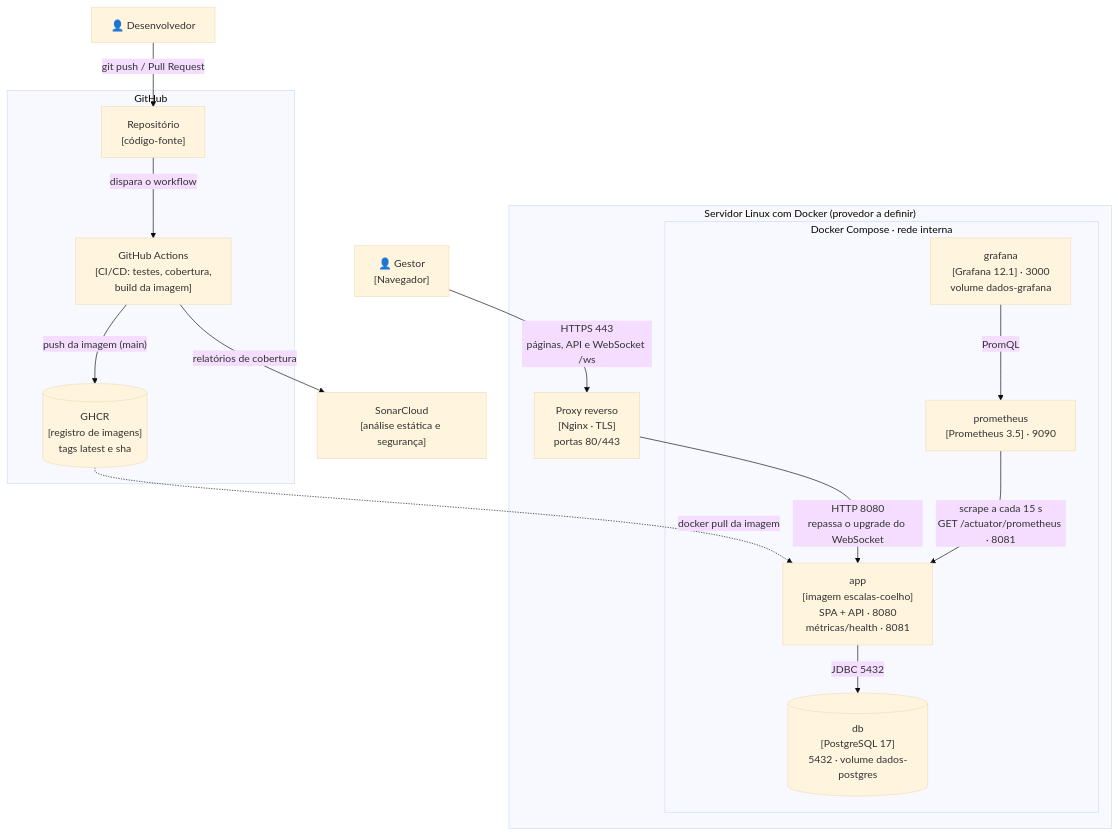
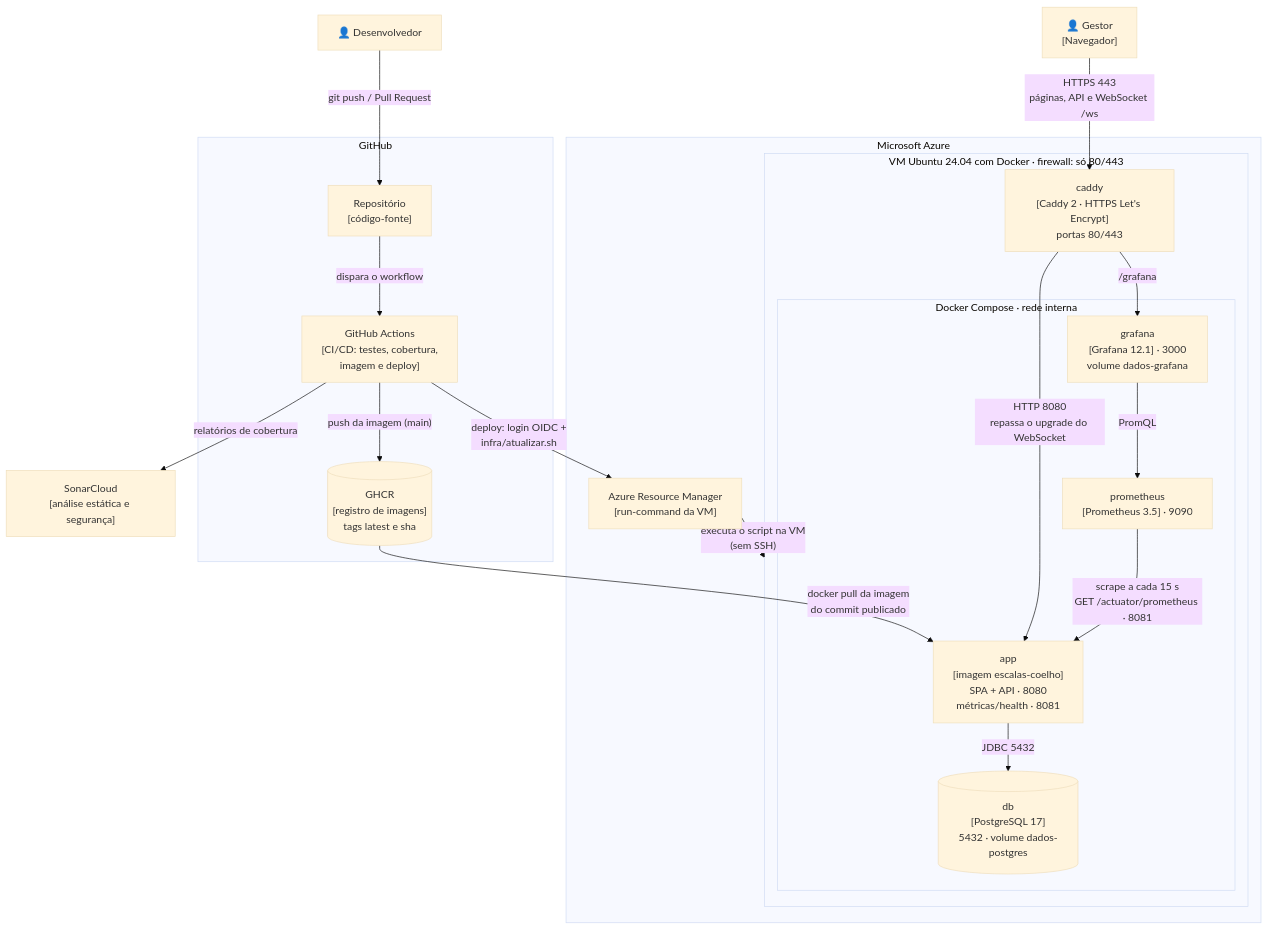
Before and after one commit to GabrielCoelhom12/TCC-MERCADO-COELHO: the fourth of 4 diagrams in docs/arquitetura.md, drawn with Mermaid (base theme). The commit also changed other lines of this file and 15 other files, not shown here.

First line of the commit message:
ci: deploy automático em VM no Azure provisionada com Terraform

````diff
--- a/docs/arquitetura.md
+++ b/docs/arquitetura.md
@@ -80,36 +80,42 @@
 ```mermaid
 flowchart TB
     gestor["👤 Gestor<br/>[Navegador]"]
     dev["👤 Desenvolvedor"]
 
     subgraph github["GitHub"]
         repo["Repositório<br/>[código-fonte]"]
-        actions["GitHub Actions<br/>[CI/CD: testes, cobertura,<br/>build da imagem]"]
+        actions["GitHub Actions<br/>[CI/CD: testes, cobertura,<br/>imagem e deploy]"]
         ghcr[("GHCR<br/>[registro de imagens]<br/>tags latest e sha")]
     end
 
     sonar["SonarCloud<br/>[análise estática e segurança]"]
 
-    subgraph servidor["Servidor Linux com Docker (provedor a definir)"]
-        proxy["Proxy reverso<br/>[Nginx · TLS]<br/>portas 80/443"]
+    subgraph azure["Microsoft Azure"]
+        arm["Azure Resource Manager<br/>[run-command da VM]"]
+    subgraph servidor["VM Ubuntu 24.04 com Docker · firewall: só 80/443"]
+        proxy["caddy<br/>[Caddy 2 · HTTPS Let's Encrypt]<br/>portas 80/443"]
 
         subgraph compose["Docker Compose · rede interna"]
             app["app<br/>[imagem escalas-coelho]<br/>SPA + API · 8080<br/>métricas/health · 8081"]
             db[("db<br/>[PostgreSQL 17]<br/>5432 · volume dados-postgres")]
             prom["prometheus<br/>[Prometheus 3.5] · 9090"]
             graf["grafana<br/>[Grafana 12.1] · 3000<br/>volume dados-grafana"]
         end
     end
+    end
 
     dev -- "git push / Pull Request" --> repo
     repo -- "dispara o workflow" --> actions
     actions -- "relatórios de cobertura" --> sonar
     actions -- "push da imagem (main)" --> ghcr
-    ghcr -. "docker pull da imagem" .-> app
+    actions -- "deploy: login OIDC +<br/>infra/atualizar.sh" --> arm
+    arm -- "executa o script na VM<br/>(sem SSH)" --> servidor
+    ghcr -- "docker pull da imagem<br/>do commit publicado" --> app
 
     gestor -- "HTTPS 443<br/>páginas, API e WebSocket /ws" --> proxy
     proxy -- "HTTP 8080<br/>repassa o upgrade do WebSocket" --> app
+    proxy -- "/grafana" --> graf
     app -- "JDBC 5432" --> db
     prom -- "scrape a cada 15 s<br/>GET /actuator/prometheus · 8081" --> app
     graf -- "PromQL" --> prom
 ```
````
